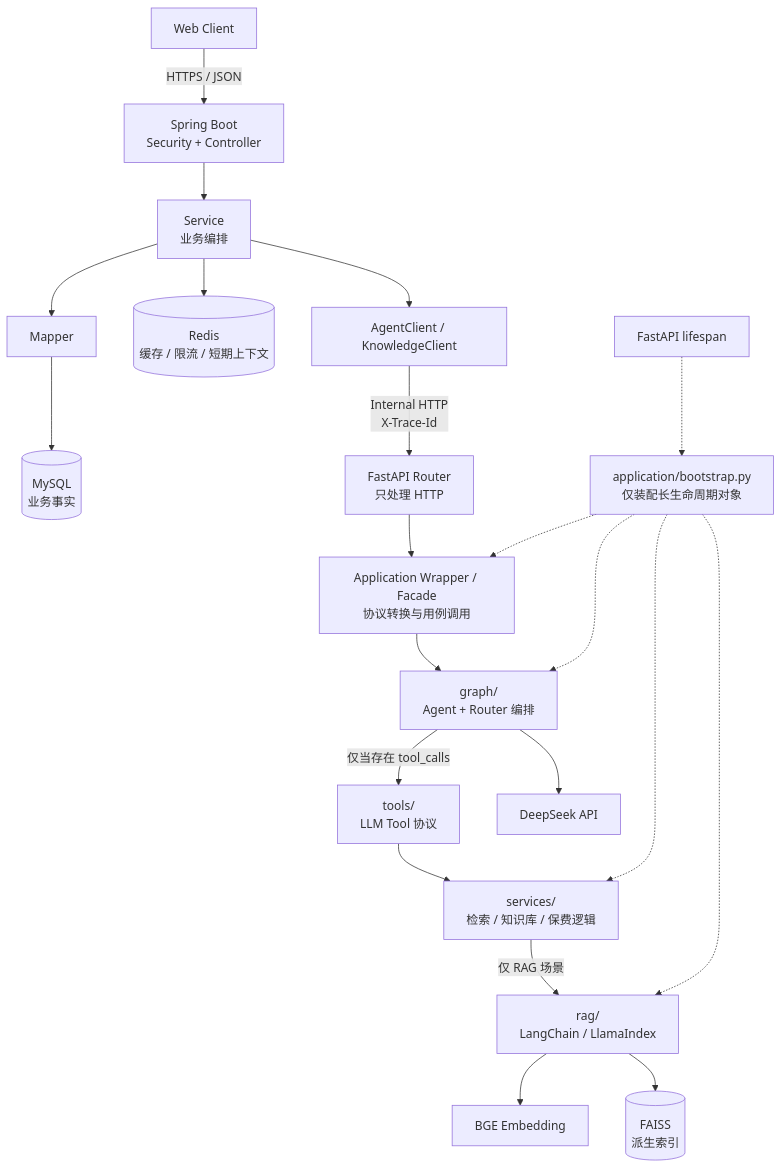
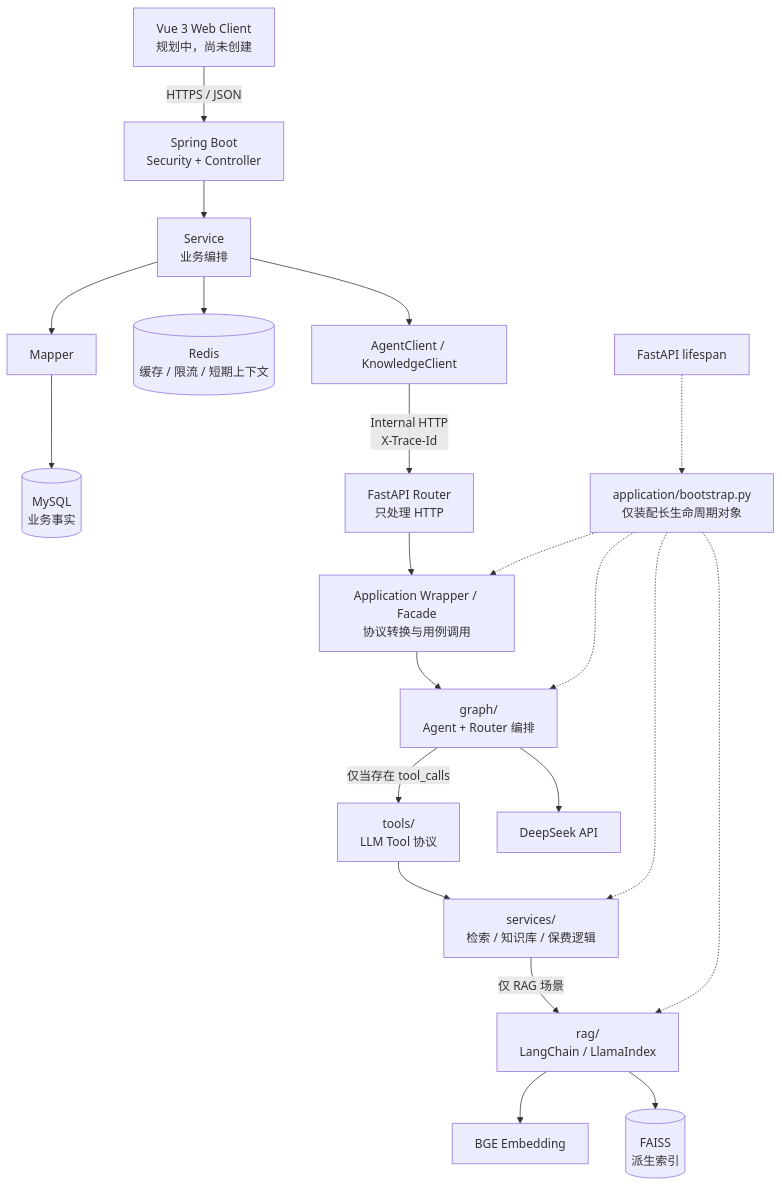
The diagram in docs/ARCHITECTURE.md (Sword-eight/insurance_ai_agent-java-web-rebuild), drawn with Mermaid before and after one commit. The commit also changed other lines of this file and 9 other files, not shown here.

Commit message:
docs: add minimal vue client phases

````diff
--- a/docs/ARCHITECTURE.md
+++ b/docs/ARCHITECTURE.md
@@ -108,23 +110,23 @@
 ```mermaid
 flowchart TD
-    Web["Web Client"] -->|"HTTPS / JSON"| JavaController["Spring Boot<br/>Security + Controller"]
+    Web["Vue 3 Web Client<br/>规划中，尚未创建"] -->|"HTTPS / JSON"| JavaController["Spring Boot<br/>Security + Controller"]
     JavaController --> JavaService["Service<br/>业务编排"]
     JavaService --> Mapper["Mapper"]
     Mapper --> MySQL[("MySQL<br/>业务事实")]
     JavaService --> Redis[("Redis<br/>缓存 / 限流 / 短期上下文")]
     JavaService --> JavaClient["AgentClient / KnowledgeClient"]
     JavaClient -->|"Internal HTTP<br/>X-Trace-Id"| PyRouter["FastAPI Router<br/>只处理 HTTP"]
     PyRouter --> PyApp["Application Wrapper / Facade<br/>协议转换与用例调用"]
     PyApp --> Graph["graph/<br/>Agent + Router 编排"]
     Graph -->|"仅当存在 tool_calls"| Tools["tools/<br/>LLM Tool 协议"]
     Tools --> Services["services/<br/>检索 / 知识库 / 保费逻辑"]
     Services -->|"仅 RAG 场景"| Rag["rag/<br/>LangChain / LlamaIndex"]
     Rag --> Embedding["BGE Embedding"]
     Rag --> Faiss[("FAISS<br/>派生索引")]
     Graph --> DeepSeek["DeepSeek API"]
     Lifespan["FastAPI lifespan"] -.-> Bootstrap["application/bootstrap.py<br/>仅装配长生命周期对象"]
     Bootstrap -.-> PyApp
     Bootstrap -.-> Graph
     Bootstrap -.-> Services
     Bootstrap -.-> Rag
 ```
````
